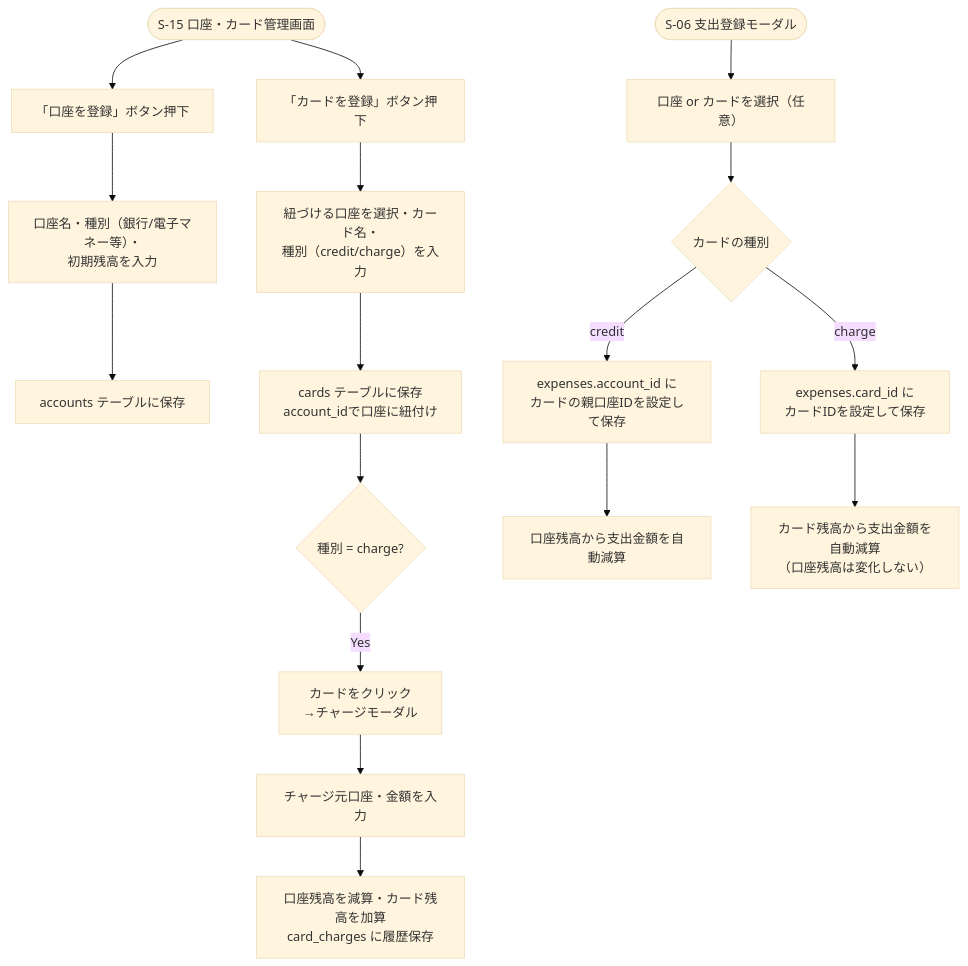
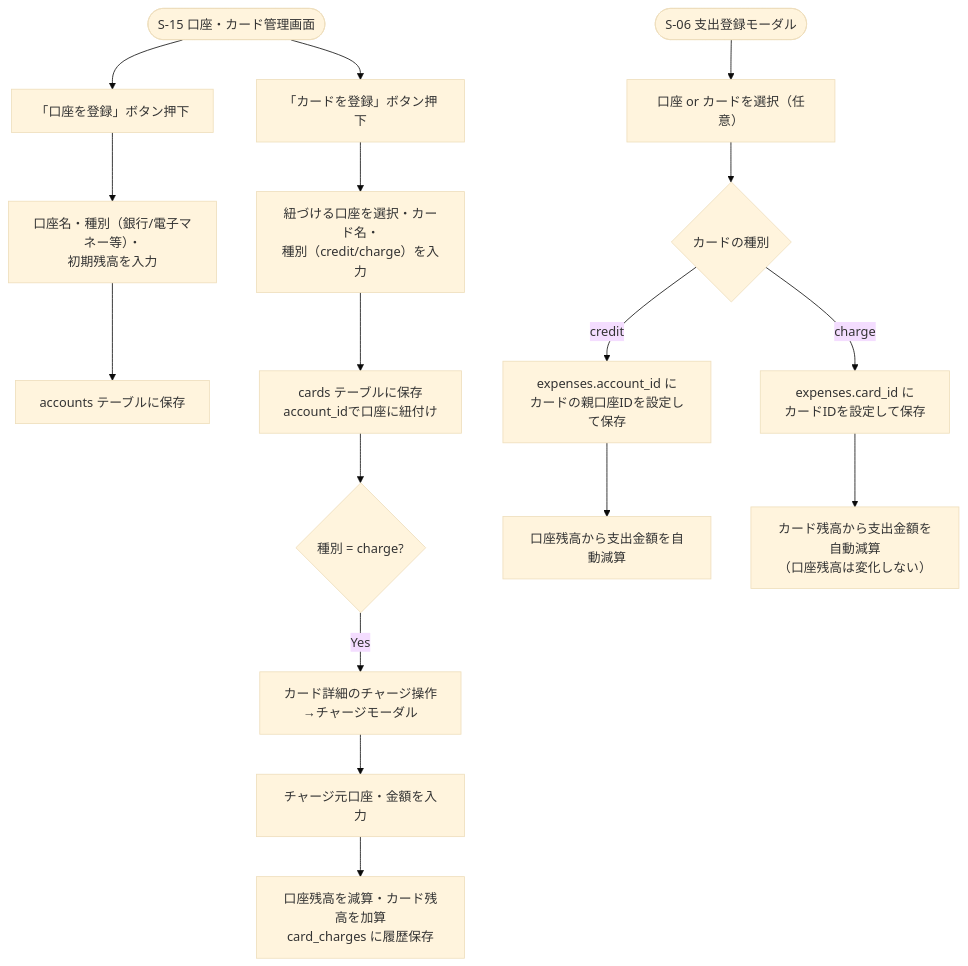
The diagram in docs/details/features/F11_kakeibo_account.md (yamamotonaoki3/HomeLog), drawn with Mermaid (base theme) before and after one commit. The commit also changed other lines of this file and 15 other files, not shown here.

````diff
--- a/docs/details/features/F11_kakeibo_account.md
+++ b/docs/details/features/F11_kakeibo_account.md
@@ -28,22 +28,22 @@
 ```mermaid
 flowchart TD
     A([S-15 口座・カード管理画面]) --> B["「口座を登録」ボタン押下"]
     B --> C[口座名・種別（銀行/電子マネー等）・\n初期残高を入力]
     C --> D[accounts テーブルに保存]
 
     A --> E["「カードを登録」ボタン押下"]
     E --> F[紐づける口座を選択・カード名・\n種別（credit/charge）を入力]
     F --> G[cards テーブルに保存\naccount_idで口座に紐付け]
 
     G --> L{"種別 = charge?"}
-    L -->|Yes| M["カードをクリック\n→チャージモーダル"]
+    L -->|Yes| M["カード詳細のチャージ操作\n→チャージモーダル"]
     M --> N[チャージ元口座・金額を入力]
     N --> O[口座残高を減算・カード残高を加算\ncard_charges に履歴保存]
 
     H([S-06 支出登録モーダル]) --> I[口座 or カードを選択（任意）]
     I --> P{"カードの種別"}
     P -->|credit| J[expenses.account_id に\nカードの親口座IDを設定して保存]
     J --> K[口座残高から支出金額を自動減算]
     P -->|charge| Q[expenses.card_id に\nカードIDを設定して保存]
     Q --> R[カード残高から支出金額を自動減算\n（口座残高は変化しない）]
 ```
````
